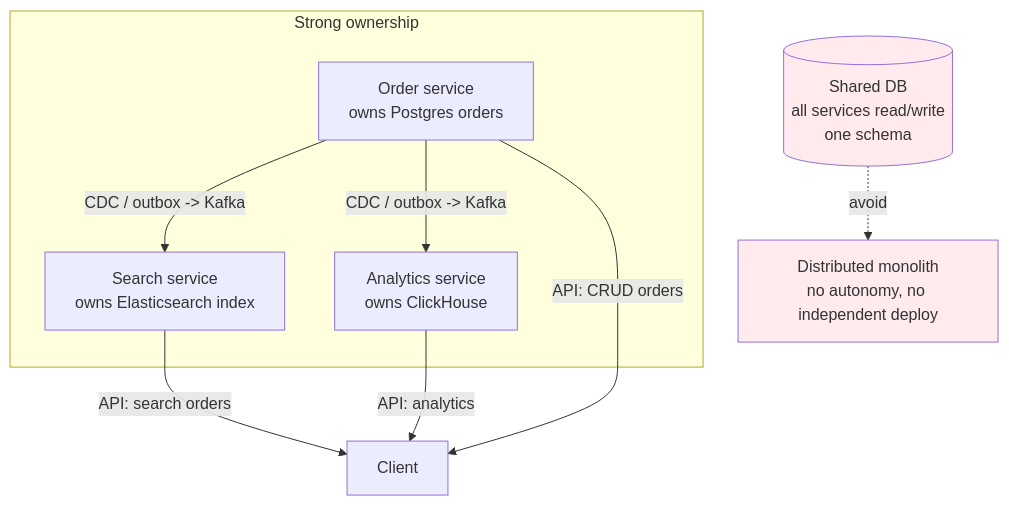
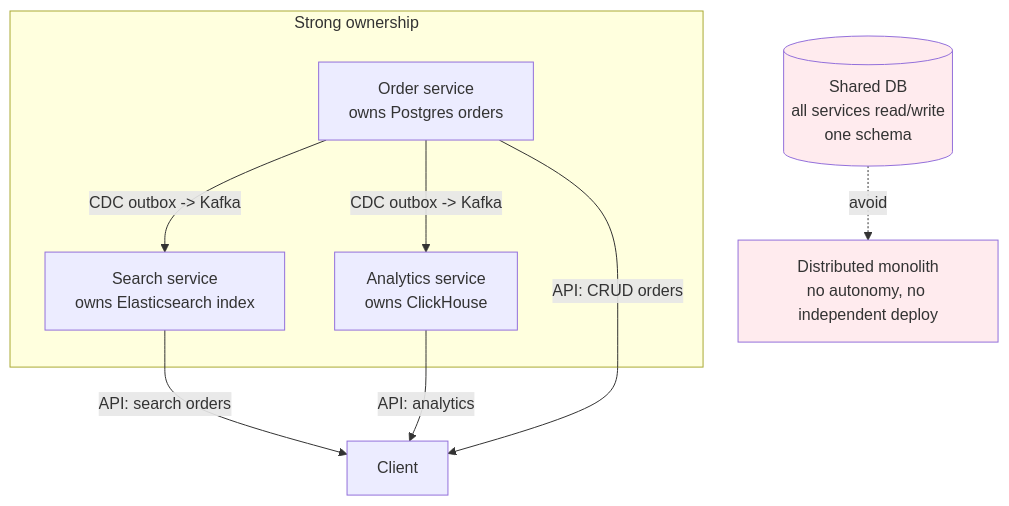
Before and after one commit to bumbsclaw/textbooks: the fourth of 7 diagrams in vol-07-system-design/ch05-data-modeling.md, drawn with Mermaid. The commit also changed other lines of this file and 173 other files, not shown here.

First line of the commit message:
fix(mermaid): close note brackets, semicolons in Notes, stateDiagram br -> dash, edge parens

````diff
--- a/vol-07-system-design/ch05-data-modeling.md
+++ b/vol-07-system-design/ch05-data-modeling.md
@@ -452,17 +452,17 @@
 ```mermaid
 flowchart TD
     subgraph Ownership[Strong ownership]
       SvcA[Order service\nowns Postgres orders]
       SvcB[Search service\nowns Elasticsearch index]
       SvcC[Analytics service\nowns ClickHouse]
     end
-    SvcA -->|CDC / outbox -> Kafka| SvcB
-    SvcA -->|CDC / outbox -> Kafka| SvcC
+    SvcA -->|CDC outbox -> Kafka| SvcB
+    SvcA -->|CDC outbox -> Kafka| SvcC
     SvcB -->|API: search orders| Client
     SvcC -->|API: analytics| Client
     SvcA -->|API: CRUD orders| Client
 
     Bad1[(Shared DB\nall services read/write\none schema)] -.->|avoid| X[Distributed monolith\nno autonomy, no independent deploy]
     style Bad1 fill:#ffebee
     style X fill:#ffebee
 ```
````
